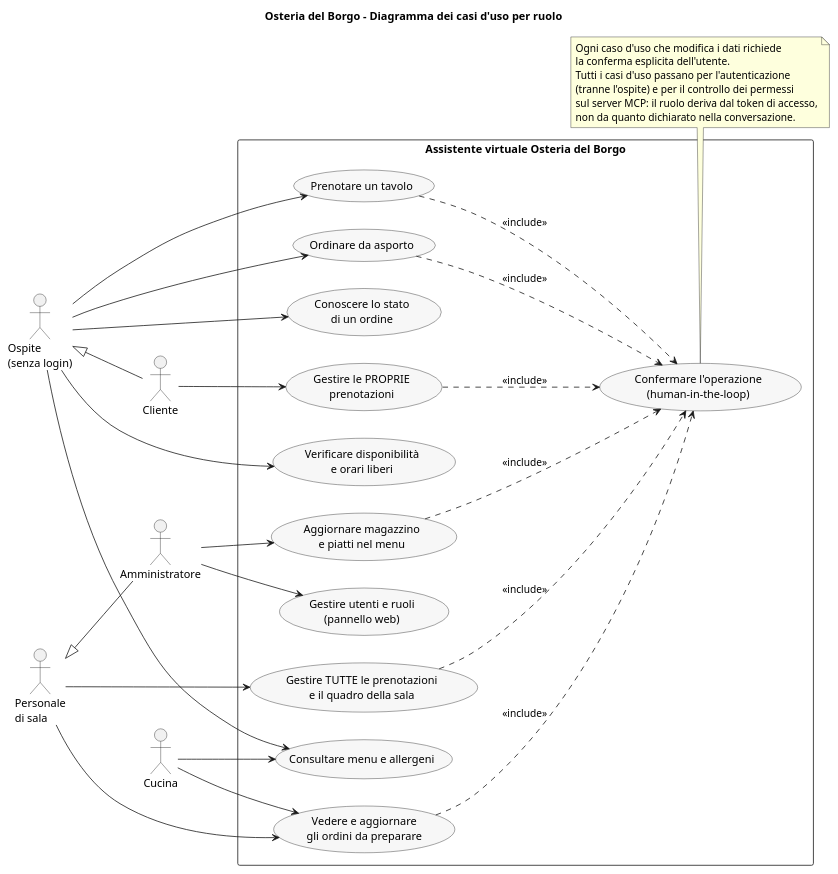
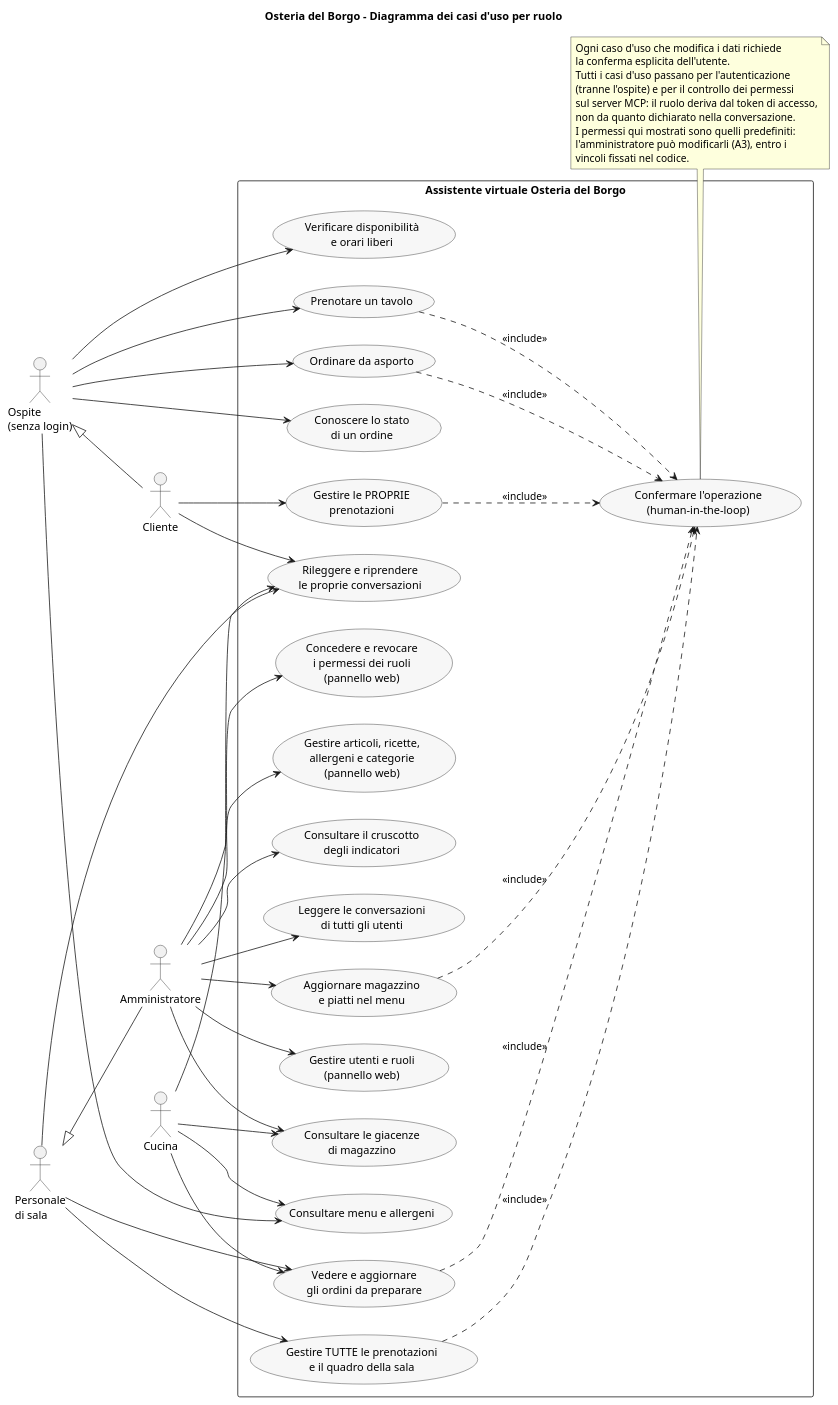
One commit to Gabrymarg/Gabrymarg-AI-MCP changed the diagram in docs/diagrammi/casi_uso.puml. Above: the diagram before and after it, drawn with PlantUML. The commit also changed 5 other files, not shown here.

Commit message:
Diagrammi aggiornati al codice definitivo: casi d'uso, architettura, classi del server

```diff
--- a/docs/diagrammi/casi_uso.puml
+++ b/docs/diagrammi/casi_uso.puml
@@ -1,61 +1,79 @@
 @startuml casi_uso
 title Osteria del Borgo - Diagramma dei casi d'uso per ruolo
 skinparam shadowing false
 skinparam packageStyle rectangle
 skinparam usecase {
   BackgroundColor #F7F7F7
 }
 left to right direction
 
 actor "Ospite\n(senza login)" as Ospite
 actor Cliente
 actor "Personale\ndi sala" as Sala
 actor Cucina
 actor Amministratore as Admin
 
 Ospite <|-- Cliente
 Sala <|-- Admin
 
 rectangle "Assistente virtuale Osteria del Borgo" {
   usecase "Consultare menu e allergeni" as M1
   usecase "Verificare disponibilità\ne orari liberi" as P1
   usecase "Prenotare un tavolo" as P2
   usecase "Ordinare da asporto" as O1
   usecase "Conoscere lo stato\ndi un ordine" as O2
   usecase "Gestire le PROPRIE\nprenotazioni" as P3
   usecase "Gestire TUTTE le prenotazioni\ne il quadro della sala" as P4
   usecase "Vedere e aggiornare\ngli ordini da preparare" as O3
   usecase "Aggiornare magazzino\ne piatti nel menu" as A1
   usecase "Gestire utenti e ruoli\n(pannello web)" as A2
+  usecase "Concedere e revocare\ni permessi dei ruoli\n(pannello web)" as A3
+  usecase "Gestire articoli, ricette,\nallergeni e categorie\n(pannello web)" as A4
+  usecase "Consultare il cruscotto\ndegli indicatori" as A5
+  usecase "Leggere le conversazioni\ndi tutti gli utenti" as A6
+  usecase "Consultare le giacenze\ndi magazzino" as G1
+  usecase "Rileggere e riprendere\nle proprie conversazioni" as S1
   usecase "Confermare l'operazione\n(human-in-the-loop)" as C1
 }
 
 Ospite --> M1
 Ospite --> P1
 Ospite --> P2
 Ospite --> O1
 Ospite --> O2
 Cliente --> P3
 Sala --> P4
 Sala --> O3
 Cucina --> M1
 Cucina --> O3
 Admin --> A1
 Admin --> A2
+Admin --> A3
+Admin --> A4
+Admin --> A5
+Admin --> A6
+Admin --> G1
+Cucina --> G1
+Cliente --> S1
+Sala --> S1
+Cucina --> S1
 
 P2 ..> C1 : <<include>>
 O1 ..> C1 : <<include>>
 P3 ..> C1 : <<include>>
 P4 ..> C1 : <<include>>
 O3 ..> C1 : <<include>>
 A1 ..> C1 : <<include>>
 
 note bottom of C1
   Ogni caso d'uso che modifica i dati richiede
   la conferma esplicita dell'utente.
   Tutti i casi d'uso passano per l'autenticazione
   (tranne l'ospite) e per il controllo dei permessi
   sul server MCP: il ruolo deriva dal token di accesso,
   non da quanto dichiarato nella conversazione.
+  I permessi qui mostrati sono quelli predefiniti:
+  l'amministratore può modificarli (A3), entro i
+  vincoli fissati nel codice.
 end note
 @enduml
```
